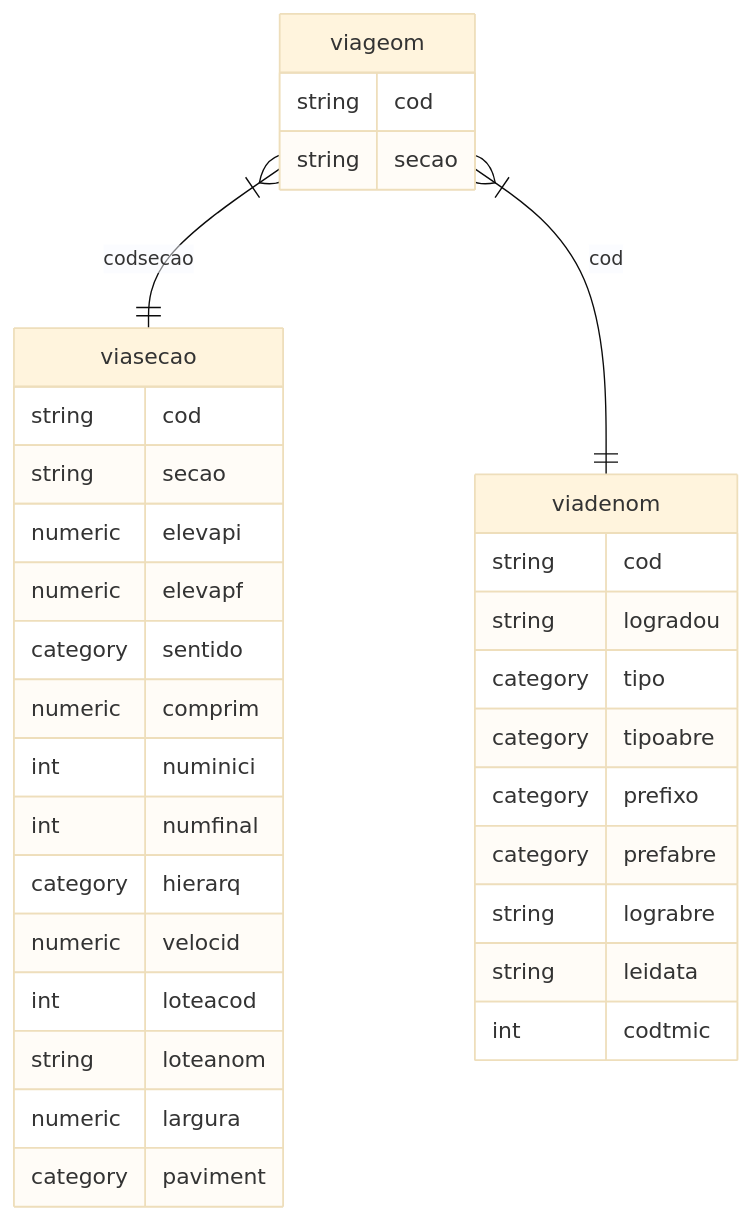
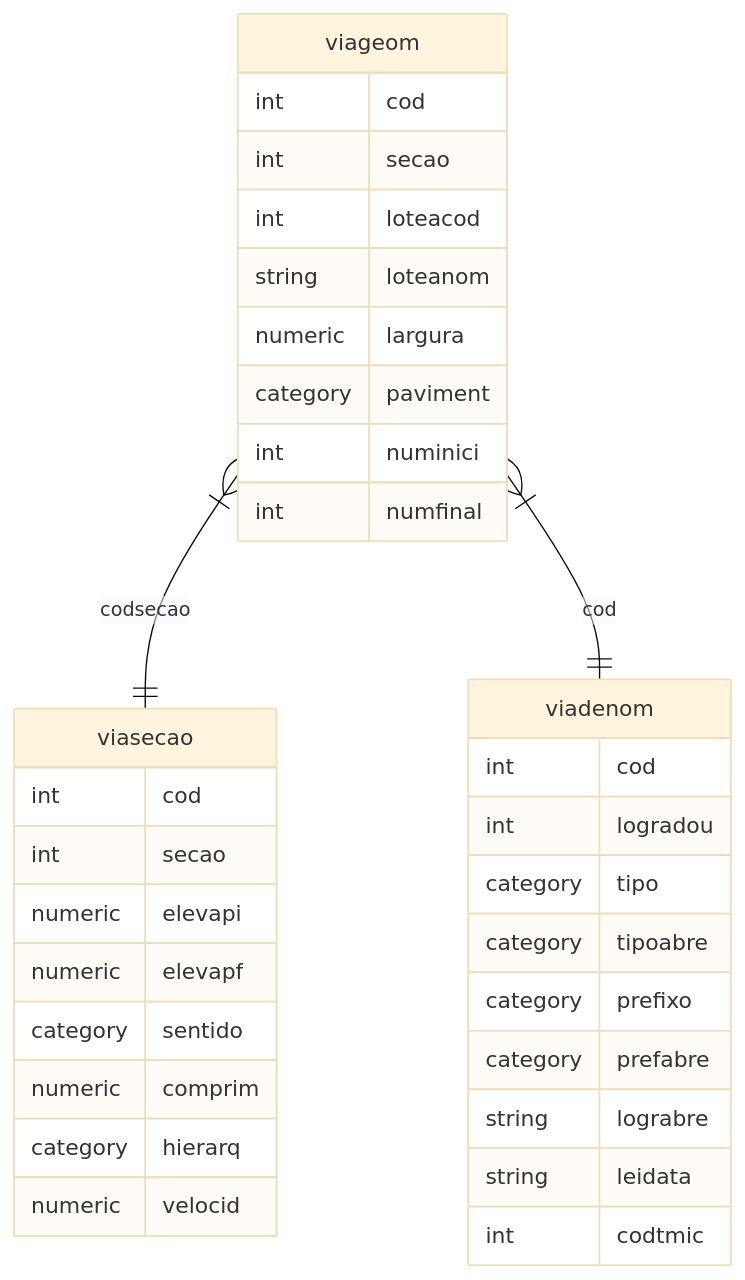
The diagram in urb/sistema_viario.md (jaceguay/notes), drawn with Mermaid (base theme) before and after one commit. The commit also changed other lines of this file and 1 other file, not shown here.

````diff
--- a/urb/sistema_viario.md
+++ b/urb/sistema_viario.md
@@ -3,36 +3,36 @@
 ```mermaid
 erDiagram
    viageom }|--|| viasecao : codsecao
    viageom {
-       string cod
-       string secao
+       int cod
+       int secao
+       int loteacod
+       string loteanom
+       numeric largura
+       category paviment
+       int numinici
+       int numfinal
    }
    viasecao {
-       string cod
-       string secao
+       int cod
+       int secao
        numeric elevapi
        numeric elevapf
        category sentido
        numeric comprim
-       int numinici
-       int numfinal
        category hierarq
        numeric velocid
-       int loteacod
-       string loteanom
-       numeric largura
-       category paviment
    }
    viageom }|--|| viadenom : cod
    viadenom {
-       string cod
-       string logradou
+       int cod
+       int logradou
        category tipo
        category tipoabre
        category prefixo
        category prefabre
        string lograbre
        string leidata
        int codtmic
    }
 ```
````
